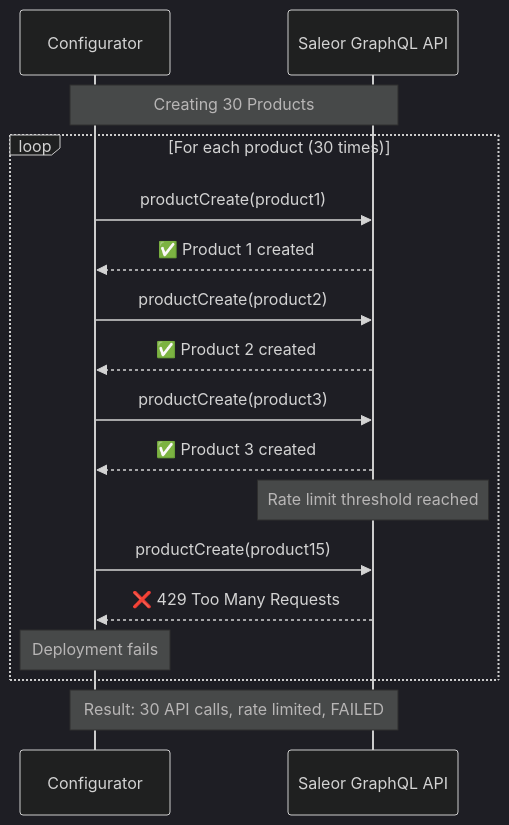
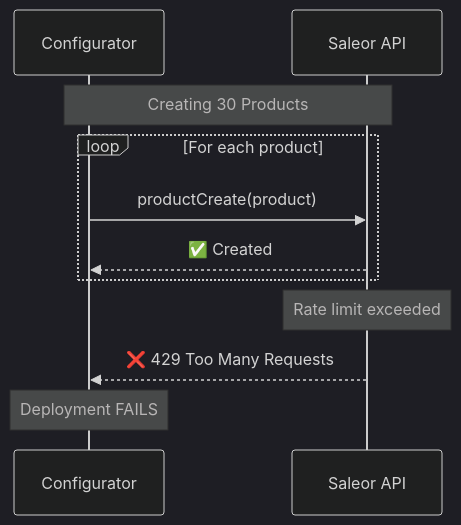
One commit to saleor/configurator changed the first of 2 diagrams in docs/adr/001-bulk-mutations-optimization.md. Above: the diagram before and after it, drawn with Mermaid (dark theme). The commit also changed other lines of this file, not shown here.

````diff
--- a/docs/adr/001-bulk-mutations-optimization.md
+++ b/docs/adr/001-bulk-mutations-optimization.md
@@ -83,27 +136,16 @@
 ```mermaid
 sequenceDiagram
     participant App as Configurator
-    participant API as Saleor GraphQL API
+    participant API as Saleor API
 
     Note over App,API: Creating 30 Products
 
-    loop For each product (30 times)
-        App->>API: productCreate(product1)
-        API-->>App: ✅ Product 1 created
-
-        App->>API: productCreate(product2)
-        API-->>App: ✅ Product 2 created
-
-        App->>API: productCreate(product3)
-        API-->>App: ✅ Product 3 created
-
-        Note over API: Rate limit threshold reached
-
-        App->>API: productCreate(product15)
-        API-->>App: ❌ 429 Too Many Requests
-
-        Note over App: Deployment fails
+    loop For each product
+        App->>API: productCreate(product)
+        API-->>App: ✅ Created
     end
 
-    Note over App,API: Result: 30 API calls, rate limited, FAILED
+    Note over API: Rate limit exceeded
+    API-->>App: ❌ 429 Too Many Requests
+    Note over App: Deployment FAILS
 ```
````
